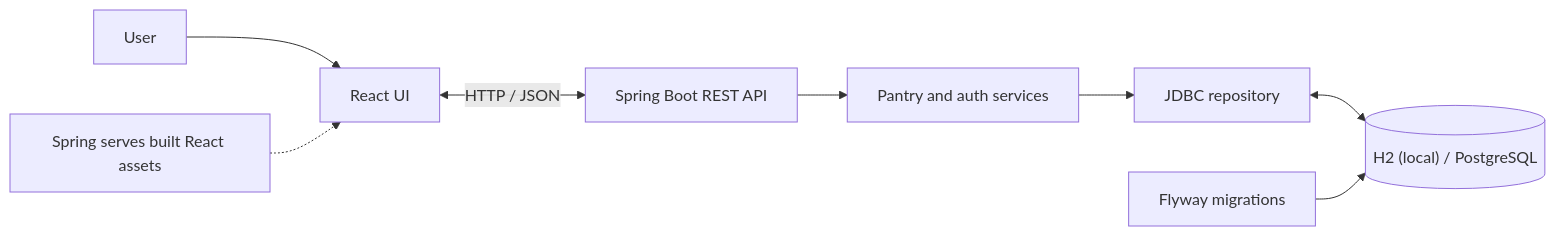
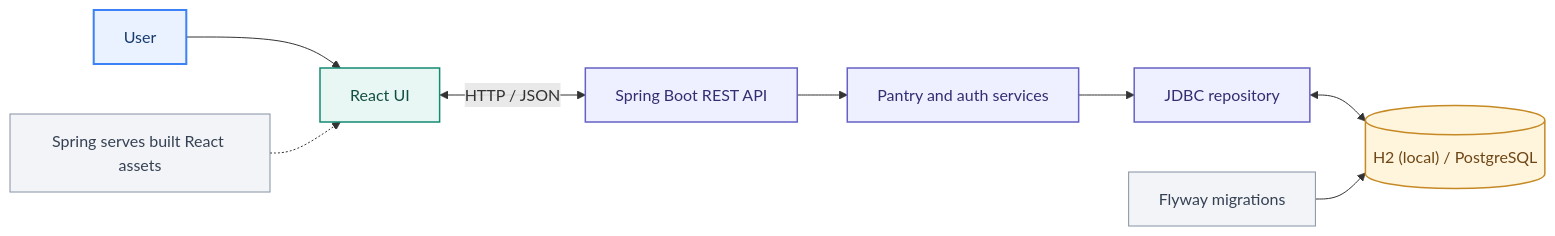
One commit to chankiahuja/pantry-pal changed the first of 7 diagrams in docs/ARCHITECTURE.md. Above: the diagram before and after it, drawn with Mermaid. The commit also changed other lines of this file, not shown here.

Commit message:
docs: visually style architecture diagrams with consistent Mermaid palette and sequence numbering

````diff
--- a/docs/ARCHITECTURE.md
+++ b/docs/ARCHITECTURE.md
@@ -13,10 +13,21 @@
 ```mermaid
 flowchart LR
     User["User"] --> UI["React UI"]
     UI <-->|"HTTP / JSON"| API["Spring Boot REST API"]
     API --> Core["Pantry and auth services"]
     Core --> Repo["JDBC repository"]
     Repo <--> DB[("H2 (local) / PostgreSQL")]
     Flyway["Flyway migrations"] --> DB
     Static["Spring serves built React assets"] -.-> UI
+
+    classDef person fill:#EAF2FF,stroke:#3B82F6,color:#163A6B,stroke-width:2px
+    classDef client fill:#E8F7F3,stroke:#138A72,color:#124D41,stroke-width:1.5px
+    classDef server fill:#EEF0FF,stroke:#6661C5,color:#332E72,stroke-width:1.5px
+    classDef data fill:#FFF4DC,stroke:#C68A25,color:#6D4615,stroke-width:1.5px
+    classDef support fill:#F2F4F7,stroke:#8592A3,color:#354153,stroke-width:1px
+    class User person
+    class UI client
+    class API,Core,Repo server
+    class DB data
+    class Flyway,Static support
 ```
````
